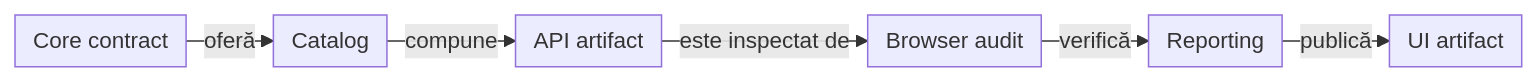
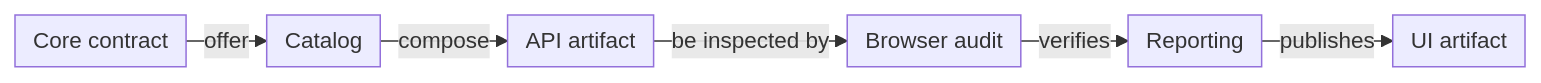
One commit to crististefanita/atf_j0 changed the third of 12 diagrams in docs/ATF_Architecture.md. Above: the diagram before and after it, drawn with Mermaid. The commit also changed other lines of this file and 113 other files, not shown here.

````diff
--- a/docs/ATF_Architecture.md
+++ b/docs/ATF_Architecture.md
@@ -151,9 +141,9 @@
 ```mermaid
 %%{init: {"themeVariables":{"fontSize":"15px"},"themeCSS":".nodeLabel, .nodeLabel p { font-size: 15px !important; line-height: 1.35 !important; } .edgeLabel, .edgeLabel p { font-size: 12px !important; font-weight: 400 !important; line-height: 1.2 !important; } .edgeLabel .labelBkg, .edgeLabel p { background: transparent !important; } .edgeLabel foreignObject { transform: translateY(-18px); overflow: visible; } .node rect { rx: 6px; ry: 6px; }","flowchart":{"curve":"linear","nodeSpacing":24,"rankSpacing":24,"padding":6,"diagramPadding":20}}}%%
 flowchart LR
-    Core["Core contract"] -->|oferă| Catalog["Catalog"]
-    Catalog -->|compune| ApiArtifact["API artifact"]
-    ApiArtifact -->|este inspectat de| Browser["Browser audit"]
-    Browser -->|verifică| Reporting["Reporting"]
-    Reporting -->|publică| UiArtifact["UI artifact"]
+    Core["Core contract"] -->|offer| Catalog["Catalog"]
+    Catalog -->|compose| ApiArtifact["API artifact"]
+    ApiArtifact -->|be inspected by| Browser["Browser audit"]
+    Browser -->|verifies| Reporting["Reporting"]
+    Reporting -->|publishes| UiArtifact["UI artifact"]
 ```
````
